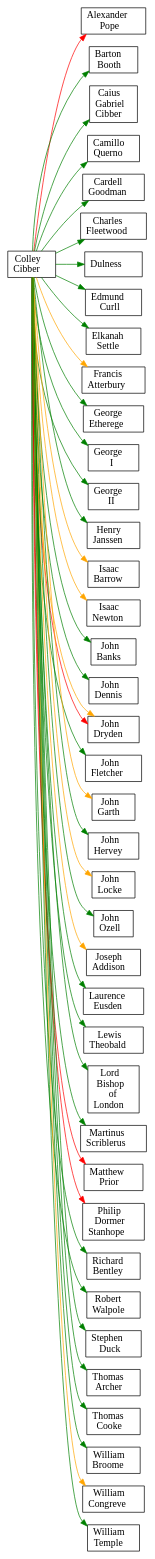
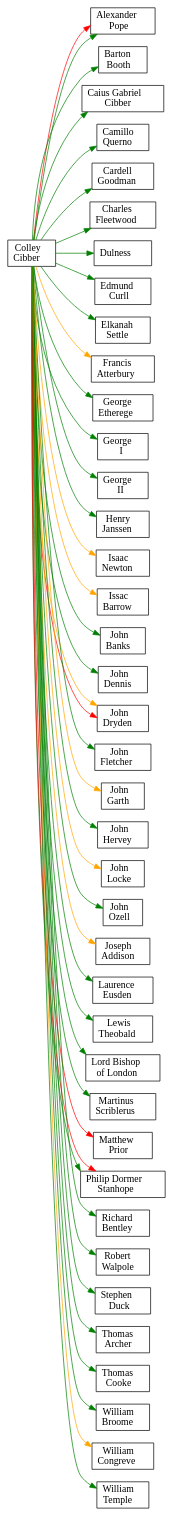
One commit to ontoligent/dunciad changed the diagram in images/COLLEY_CIBBER.dot. Above: the diagram before and after it, drawn with Graphviz. The commit also changed 79 other files, not shown here.

```diff
--- a/images/COLLEY_CIBBER.dot
+++ b/images/COLLEY_CIBBER.dot
@@ -1,84 +1,86 @@
 digraph G {
 rankdir=LR
-node [shape=rect]
+node [shape=rect overlap=false]
 ALEXANDER_POPE [label=< Alexander<br/>Pope >]
 BARTON_BOOTH [label=< Barton<br/>Booth >]
-CAIUS_GABRIEL_CIBBER [label=< Caius<br/>Gabriel<br/>Cibber >]
+CAIUS_GABRIEL_CIBBER [label=< Caius Gabriel<br/>Cibber >]
 CAMILLO_QUERNO [label=< Camillo<br/>Querno >]
 CARDELL_GOODMAN [label=< Cardell<br/>Goodman >]
 CHARLES_FLEETWOOD [label=< Charles<br/>Fleetwood >]
 COLLEY_CIBBER [label=< Colley<br/>Cibber >]
 DULNESS [label=< Dulness >]
 EDMUND_CURLL [label=< Edmund<br/>Curll >]
 ELKANAH_SETTLE [label=< Elkanah<br/>Settle >]
 FRANCIS_ATTERBURY [label=< Francis<br/>Atterbury >]
 GEORGE_ETHEREGE [label=< George<br/>Etherege >]
 GEORGE_I [label=< George<br/>I >]
 GEORGE_II [label=< George<br/>II >]
 HENRY_JANSSEN [label=< Henry<br/>Janssen >]
-ISAAC_BARROW [label=< Isaac<br/>Barrow >]
 ISAAC_NEWTON [label=< Isaac<br/>Newton >]
+ISSAC_BARROW [label=< Issac<br/>Barrow >]
 JOHN_BANKS [label=< John<br/>Banks >]
 JOHN_DENNIS [label=< John<br/>Dennis >]
 JOHN_DRYDEN [label=< John<br/>Dryden >]
 JOHN_FLETCHER [label=< John<br/>Fletcher >]
 JOHN_GARTH [label=< John<br/>Garth >]
 JOHN_HERVEY [label=< John<br/>Hervey >]
 JOHN_LOCKE [label=< John<br/>Locke >]
 JOHN_OZELL [label=< John<br/>Ozell >]
 JOSEPH_ADDISON [label=< Joseph<br/>Addison >]
 LAURENCE_EUSDEN [label=< Laurence<br/>Eusden >]
 LEWIS_THEOBALD [label=< Lewis<br/>Theobald >]
-LORD_BISHOP_OF_LONDON [label=< Lord<br/>Bishop<br/>of<br/>London >]
+LORD_BISHOP_OF_LONDON [label=< Lord Bishop<br/>of London >]
 MARTINUS_SCRIBLERUS [label=< Martinus<br/>Scriblerus >]
 MATTHEW_PRIOR [label=< Matthew<br/>Prior >]
-PHILIP_DORMER_STANHOPE [label=< Philip<br/>Dormer<br/>Stanhope >]
+PHILIP_DORMER_STANHOPE [label=< Philip Dormer<br/>Stanhope >]
 RICHARD_BENTLEY [label=< Richard<br/>Bentley >]
 ROBERT_WALPOLE [label=< Robert<br/>Walpole >]
 STEPHEN_DUCK [label=< Stephen<br/>Duck >]
 THOMAS_ARCHER [label=< Thomas<br/>Archer >]
 THOMAS_COOKE [label=< Thomas<br/>Cooke >]
 WILLIAM_BROOME [label=< William<br/>Broome >]
 WILLIAM_CONGREVE [label=< William<br/>Congreve >]
 WILLIAM_TEMPLE [label=< William<br/>Temple >]
-COLLEY_CIBBER -> ALEXANDER_POPE [color=red weight=100]
+COLLEY_CIBBER -> ALEXANDER_POPE [color=green weight=1]
+COLLEY_CIBBER -> ALEXANDER_POPE [color=red weight=81]
 COLLEY_CIBBER -> BARTON_BOOTH [color=green weight=1]
 COLLEY_CIBBER -> CAIUS_GABRIEL_CIBBER [color=green weight=4]
 COLLEY_CIBBER -> CAMILLO_QUERNO [color=green weight=4]
 COLLEY_CIBBER -> CARDELL_GOODMAN [color=green weight=1]
 COLLEY_CIBBER -> CHARLES_FLEETWOOD [color=green weight=1]
 COLLEY_CIBBER -> DULNESS [color=green weight=81]
 COLLEY_CIBBER -> EDMUND_CURLL [color=green weight=4]
 COLLEY_CIBBER -> ELKANAH_SETTLE [color=green weight=9]
 COLLEY_CIBBER -> FRANCIS_ATTERBURY [color=orange weight=1]
 COLLEY_CIBBER -> GEORGE_ETHEREGE [color=green weight=1]
 COLLEY_CIBBER -> GEORGE_I [color=green weight=1]
-COLLEY_CIBBER -> GEORGE_II [color=green weight=4]
+COLLEY_CIBBER -> GEORGE_II [color=green weight=9]
 COLLEY_CIBBER -> HENRY_JANSSEN [color=green weight=1]
-COLLEY_CIBBER -> ISAAC_BARROW [color=orange weight=1]
 COLLEY_CIBBER -> ISAAC_NEWTON [color=orange weight=1]
+COLLEY_CIBBER -> ISSAC_BARROW [color=orange weight=1]
 COLLEY_CIBBER -> JOHN_BANKS [color=green weight=1]
 COLLEY_CIBBER -> JOHN_DENNIS [color=green weight=4]
 COLLEY_CIBBER -> JOHN_DRYDEN [color=red weight=1]
 COLLEY_CIBBER -> JOHN_DRYDEN [color=orange weight=1]
 COLLEY_CIBBER -> JOHN_FLETCHER [color=green weight=1]
 COLLEY_CIBBER -> JOHN_GARTH [color=orange weight=1]
 COLLEY_CIBBER -> JOHN_HERVEY [color=green weight=1]
 COLLEY_CIBBER -> JOHN_LOCKE [color=orange weight=1]
-COLLEY_CIBBER -> JOHN_OZELL [color=green weight=1]
+COLLEY_CIBBER -> JOHN_OZELL [color=green weight=4]
 COLLEY_CIBBER -> JOSEPH_ADDISON [color=orange weight=1]
 COLLEY_CIBBER -> LAURENCE_EUSDEN [color=green weight=9]
 COLLEY_CIBBER -> LEWIS_THEOBALD [color=green weight=9]
 COLLEY_CIBBER -> LORD_BISHOP_OF_LONDON [color=green weight=1]
 COLLEY_CIBBER -> MARTINUS_SCRIBLERUS [color=green weight=4]
 COLLEY_CIBBER -> MATTHEW_PRIOR [color=red weight=1]
+COLLEY_CIBBER -> PHILIP_DORMER_STANHOPE [color=green weight=1]
 COLLEY_CIBBER -> PHILIP_DORMER_STANHOPE [color=red weight=1]
 COLLEY_CIBBER -> RICHARD_BENTLEY [color=green weight=4]
 COLLEY_CIBBER -> ROBERT_WALPOLE [color=green weight=4]
 COLLEY_CIBBER -> STEPHEN_DUCK [color=green weight=1]
 COLLEY_CIBBER -> THOMAS_ARCHER [color=green weight=1]
 COLLEY_CIBBER -> THOMAS_COOKE [color=green weight=1]
 COLLEY_CIBBER -> WILLIAM_BROOME [color=green weight=1]
 COLLEY_CIBBER -> WILLIAM_CONGREVE [color=orange weight=1]
 COLLEY_CIBBER -> WILLIAM_TEMPLE [color=green weight=1]
 }
```
